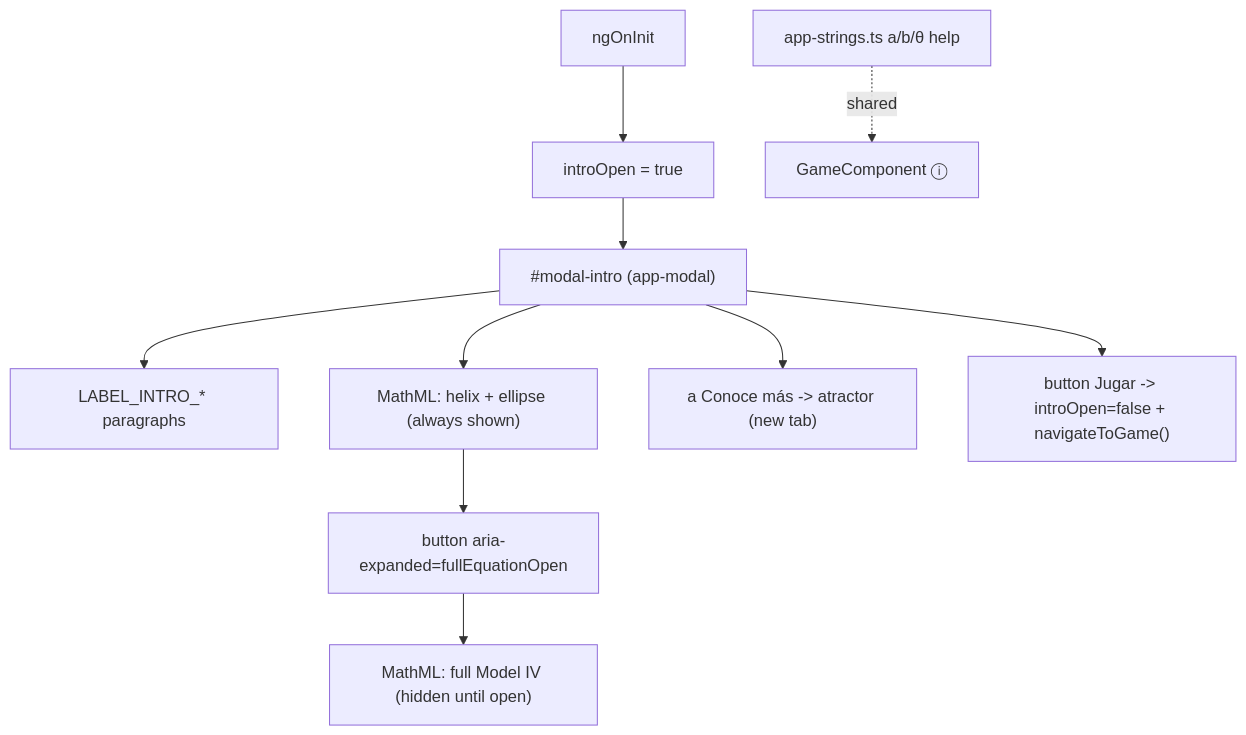
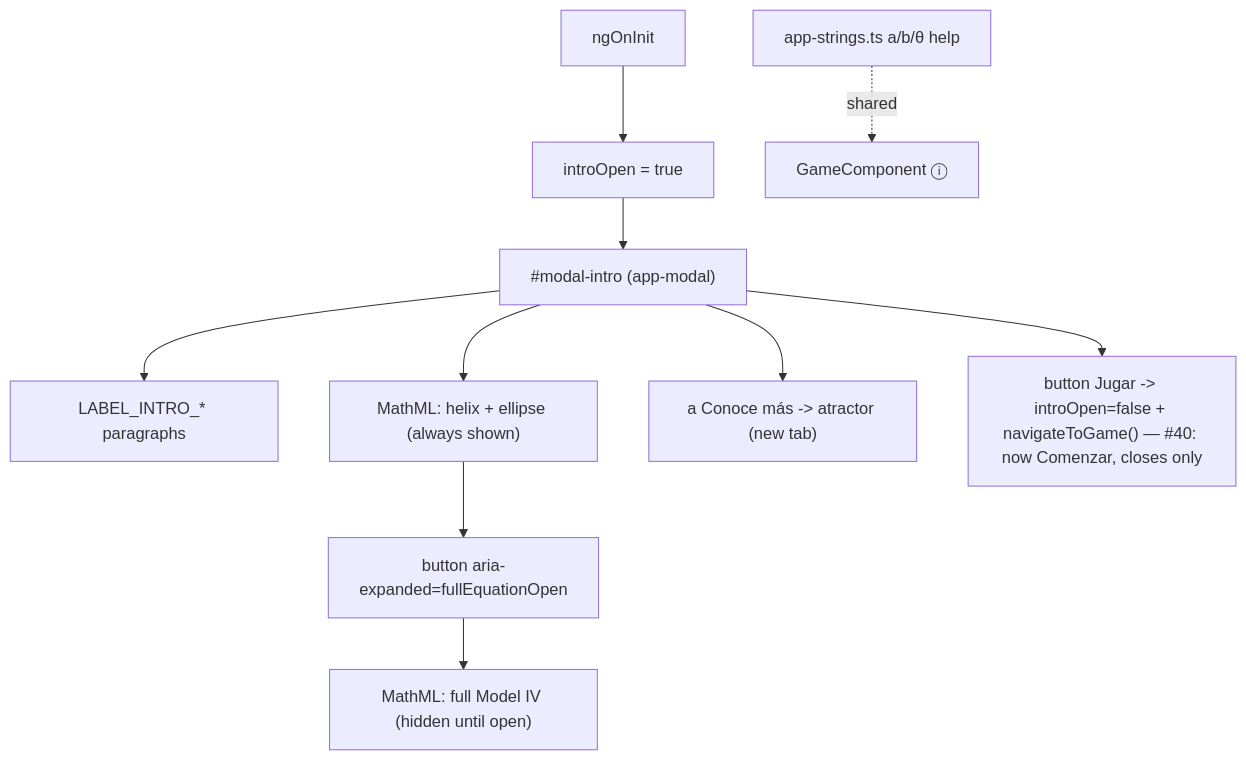
The diagram in specs/003-to_infinity_and_the_equation/plan.md (C3Idea/shell-generator), drawn with Mermaid before and after one commit. The commit also changed other lines of this file and 1 other file, not shown here.

First line of the commit message:
docs(#40): resolve D1, D2 -- inline markers on every #3 "Jugar" line

````diff
--- a/specs/003-to_infinity_and_the_equation/plan.md
+++ b/specs/003-to_infinity_and_the_equation/plan.md
@@ -71,12 +72,12 @@
 ```mermaid
 flowchart TD
   ngOnInit --> introOpen[introOpen = true]
   introOpen --> modal["#modal-intro (app-modal)"]
   modal --> copy["LABEL_INTRO_* paragraphs"]
   modal --> eqshort["MathML: helix + ellipse (always shown)"]
   eqshort --> toggle["button aria-expanded=fullEquationOpen"]
   toggle --> eqfull["MathML: full Model IV (hidden until open)"]
   modal --> more["a Conoce más -> atractor (new tab)"]
-  modal --> play["button Jugar -> introOpen=false + navigateToGame()"]
+  modal --> play["button Jugar -> introOpen=false + navigateToGame() — #40: now Comenzar, closes only"]
   strings["app-strings.ts a/b/θ help"] -.shared.-> game["GameComponent ⓘ"]
 ```
````
